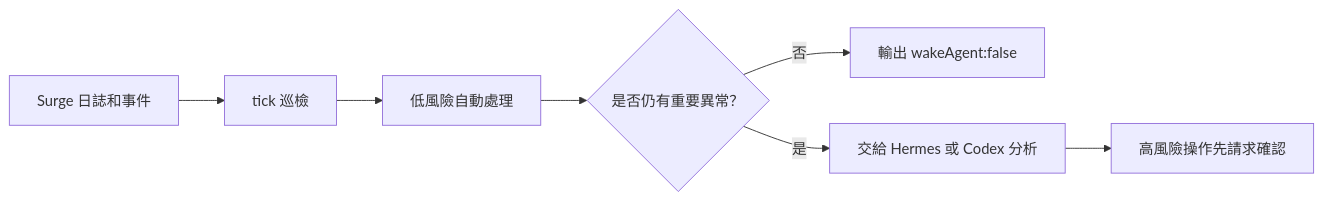
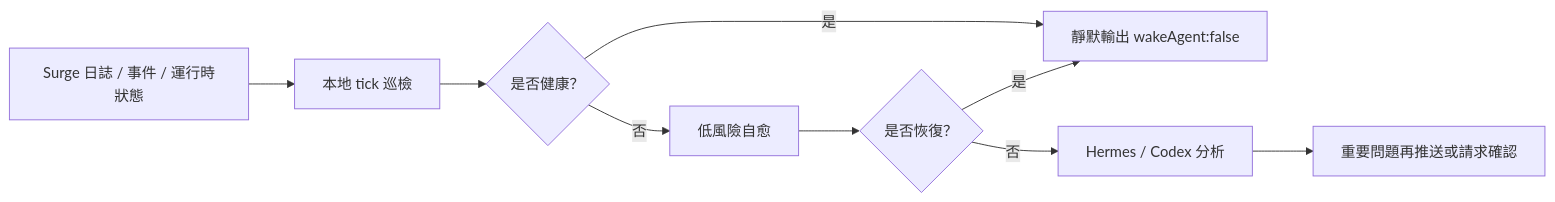
Before and after one commit to rexchen2024/surge-guardian-assistant: the diagram in README.zh-HK.md, drawn with Mermaid. The commit also changed other lines of this file and 7 other files, not shown here.

````diff
--- a/README.zh-HK.md
+++ b/README.zh-HK.md
@@ -48,9 +39,11 @@
 ```mermaid
 flowchart LR
-  Surge["Surge 日誌和事件"] --> Tick["tick 巡檢"]
-  Tick --> Fix["低風險自動處理"]
-  Fix --> Healthy{"是否仍有重要異常？"}
-  Healthy -->|否| Quiet["輸出 wakeAgent:false"]
-  Healthy -->|是| Review["交給 Hermes 或 Codex 分析"]
-  Review --> Confirm["高風險操作先請求確認"]
+  Surge["Surge 日誌 / 事件 / 運行時狀態"] --> Tick["本地 tick 巡檢"]
+  Tick --> Quiet{"是否健康？"}
+  Quiet -->|是| Silent["靜默輸出 wakeAgent:false"]
+  Quiet -->|否| Heal["低風險自愈"]
+  Heal --> Again{"是否恢復？"}
+  Again -->|是| Silent
+  Again -->|否| AI["Hermes / Codex 分析"]
+  AI --> Notify["重要問題再推送或請求確認"]
 ```
````
